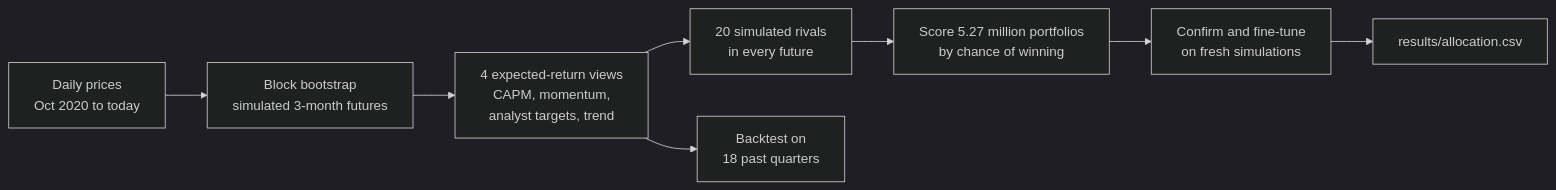
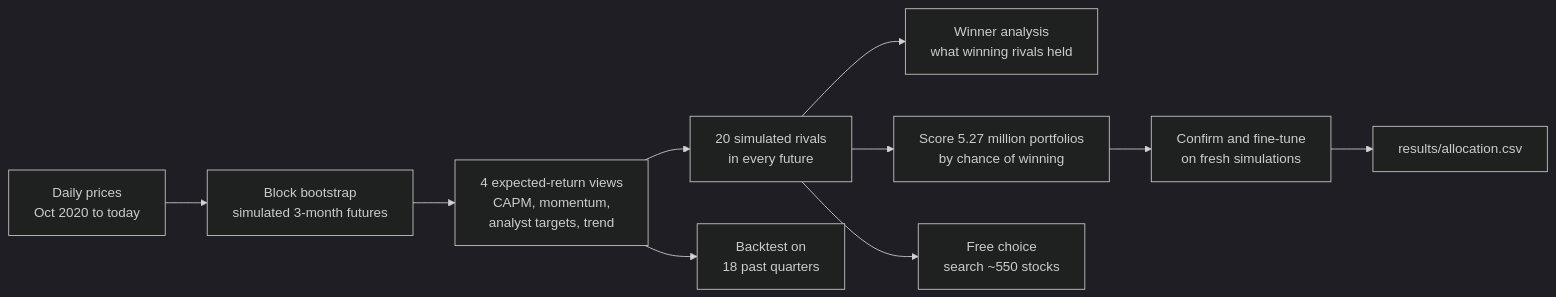
The diagram in README.md (ArturasDedinas123/stock-competition-portfolio), drawn with Mermaid (dark theme) before and after one commit. The commit also changed other lines of this file and 24 other files, not shown here.

First line of the commit message:
Add winner analysis and free-choice search; refactor into reusable modules

````diff
--- a/README.md
+++ b/README.md
@@ -44,10 +71,12 @@
 ```mermaid
 flowchart LR
     A["Daily prices<br/>Oct 2020 to today"] --> B["Block bootstrap<br/>simulated 3-month futures"]
     B --> C["4 expected-return views<br/>CAPM, momentum,<br/>analyst targets, trend"]
     C --> D["20 simulated rivals<br/>in every future"]
+    D --> W["Winner analysis<br/>what winning rivals held"]
     D --> E["Score 5.27 million portfolios<br/>by chance of winning"]
     E --> F["Confirm and fine-tune<br/>on fresh simulations"]
     F --> G["results/allocation.csv"]
+    D --> P["Free choice<br/>search ~550 stocks"]
     C --> H["Backtest on<br/>18 past quarters"]
 ```
````
